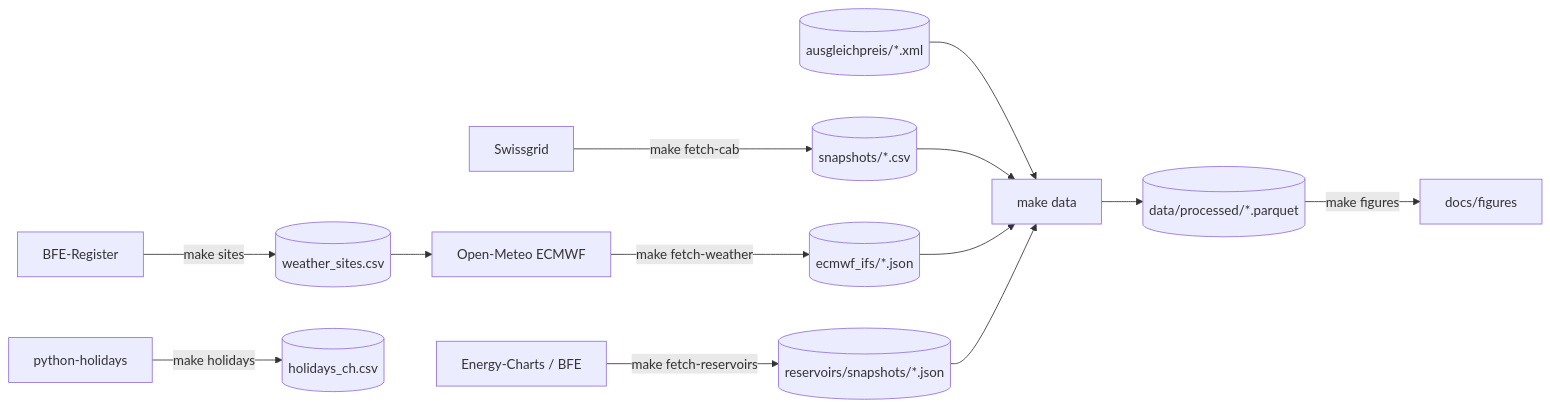
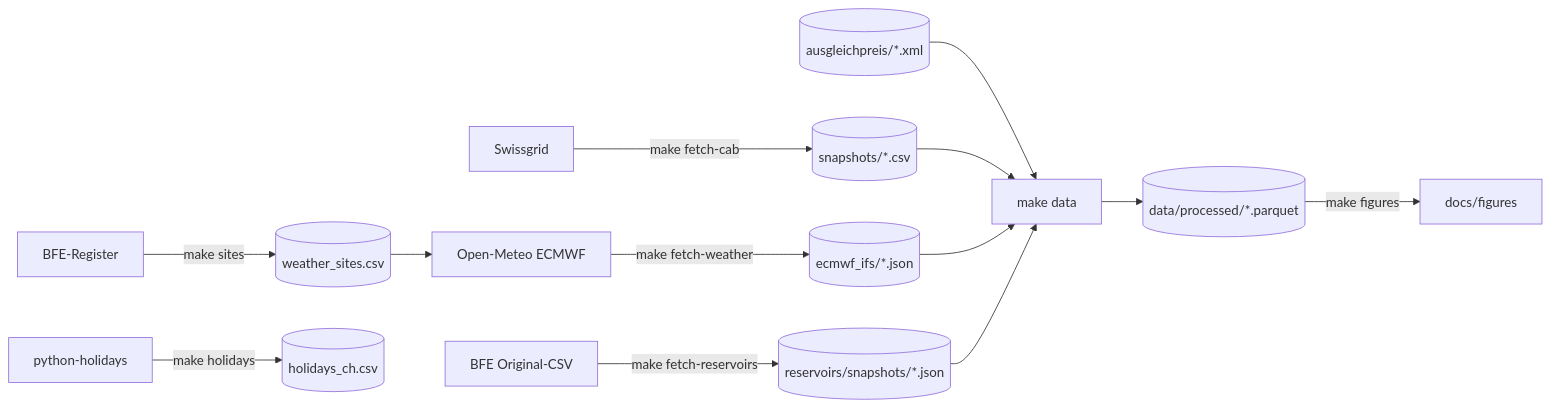
One commit to ibidreli/energy_price_prediction changed the second of 2 diagrams in docs/data.md. Above: the diagram before and after it, drawn with Mermaid. The commit also changed other lines of this file and 9 other files, not shown here.

Commit message:
Fetch reservoir data directly from BFE

````diff
--- a/docs/data.md
+++ b/docs/data.md
@@ -344,15 +352,15 @@
 ```mermaid
 flowchart LR
     SG[Swissgrid] -->|make fetch-cab| CAB[(snapshots/*.csv)]
     OM[Open-Meteo ECMWF] -->|make fetch-weather| WX[(ecmwf_ifs/*.json)]
-    EC[Energy-Charts / BFE] -->|make fetch-reservoirs| RES[(reservoirs/snapshots/*.json)]
+    BFECSV[BFE Original-CSV] -->|make fetch-reservoirs| RES[(reservoirs/snapshots/*.json)]
     BFE[BFE-Register] -->|make sites| SITES[(weather_sites.csv)]
     SITES --> OM
     PY[python-holidays] -->|make holidays| HOL[(holidays_ch.csv)]
     AEP[(ausgleichpreis/*.xml)] --> DATA
     CAB --> DATA[make data]
     WX --> DATA
     RES --> DATA
     DATA --> PQ[(data/processed/*.parquet)]
     PQ -->|make figures| FIG[docs/figures]
 ```
````
